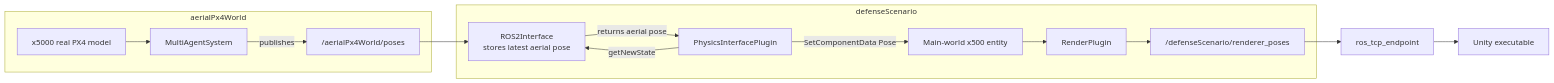
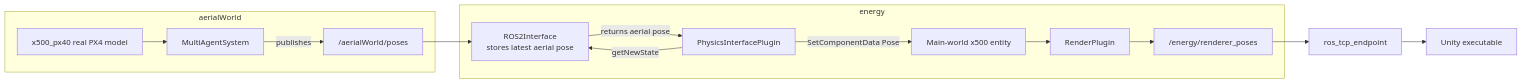
Before and after one commit to IRL-Crossing-CNRS/LOTUSim: the third of 4 diagrams in docs/PX4_Documentation/PX4_Flow_Diagram.md, drawn with Mermaid. The commit also changed other lines of this file and 55 other files, not shown here.

````diff
--- a/docs/PX4_Documentation/PX4_Flow_Diagram.md
+++ b/docs/PX4_Documentation/PX4_Flow_Diagram.md
@@ -103,20 +103,20 @@
 ```mermaid
 flowchart LR
-    subgraph AerialWorld["aerialPx4World"]
-        RealX500["x5000 real PX4 model"] --> AerialEM["MultiAgentSystem"]
-        AerialEM -->|publishes| AerialPoses["/aerialPx4World/poses"]
+    subgraph AerialWorld["aerialWorld"]
+        RealX500["x500_px40 real PX4 model"] --> AerialEM["MultiAgentSystem"]
+        AerialEM -->|publishes| AerialPoses["/aerialWorld/poses"]
     end
 
     AerialPoses --> ROS2Interface["ROS2Interface<br>stores latest aerial pose"]
 
-    subgraph MainWorld["defenseScenario"]
+    subgraph MainWorld["energy"]
         PhysicsPlugin["PhysicsInterfacePlugin"] -->|getNewState| ROS2Interface
         ROS2Interface -->|returns aerial pose| PhysicsPlugin
         PhysicsPlugin -->|SetComponentData Pose| MainX500["Main-world x500 entity"]
         MainX500 --> RenderPlugin["RenderPlugin"]
-        RenderPlugin --> RendererPoses["/defenseScenario/renderer_poses"]
+        RenderPlugin --> RendererPoses["/energy/renderer_poses"]
     end
 
     RendererPoses --> ROSTCP["ros_tcp_endpoint"]
     ROSTCP --> Unity["Unity executable"]
 ```
````
